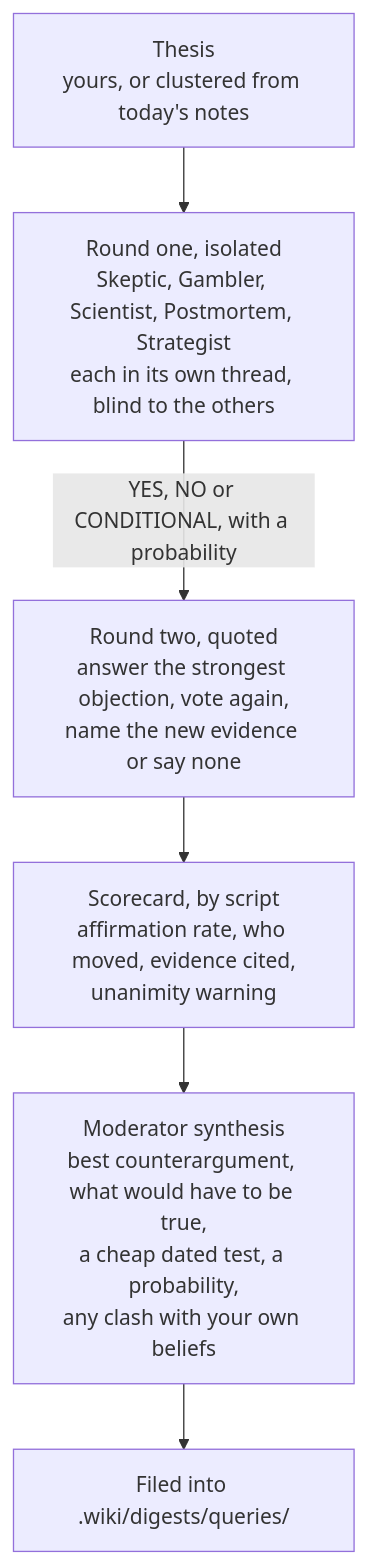
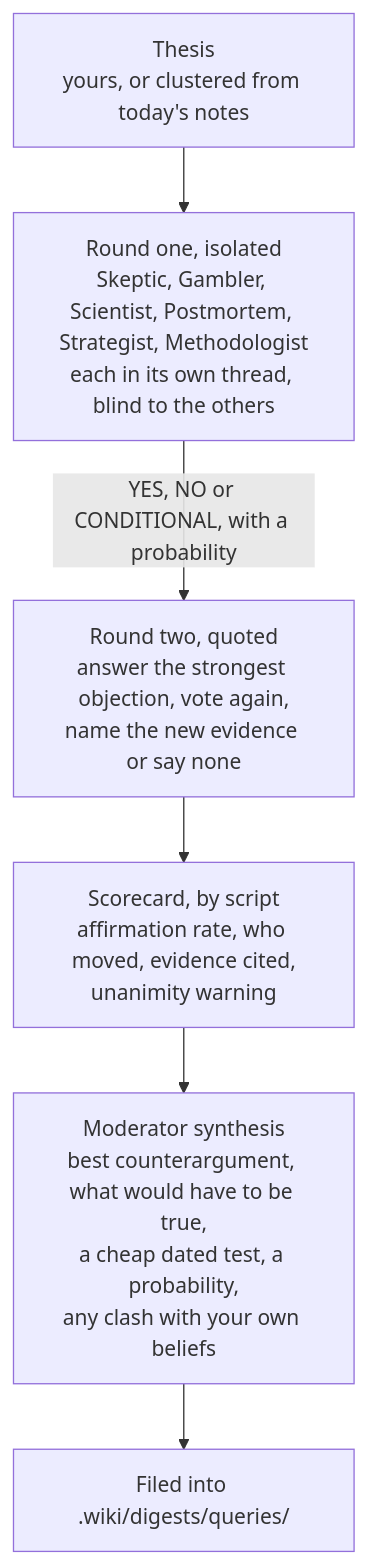
Before and after one commit to ezapmar/brainless-public: the second of 3 diagrams in README.md, drawn with Mermaid. The commit also changed other lines of this file and 104 other files, not shown here.

````diff
--- a/README.md
+++ b/README.md
@@ -133,15 +165,15 @@
 ```mermaid
 flowchart TD
   T["Thesis<br/>yours, or clustered from today's notes"]
-  R1["Round one, isolated<br/>Skeptic, Gambler, Scientist, Postmortem, Strategist<br/>each in its own thread, blind to the others"]
+  R1["Round one, isolated<br/>Skeptic, Gambler, Scientist, Postmortem, Strategist, Methodologist<br/>each in its own thread, blind to the others"]
   R2["Round two, quoted<br/>answer the strongest objection, vote again,<br/>name the new evidence or say none"]
   SC["Scorecard, by script<br/>affirmation rate, who moved, evidence cited,<br/>unanimity warning"]
   MOD["Moderator synthesis<br/>best counterargument, what would have to be true,<br/>a cheap dated test, a probability,<br/>any clash with your own beliefs"]
   F["Filed into .wiki/digests/queries/"]
 
   T --> R1
   R1 -->|"YES, NO or CONDITIONAL, with a probability"| R2
   R2 --> SC
   SC --> MOD
   MOD --> F
 ```
````
